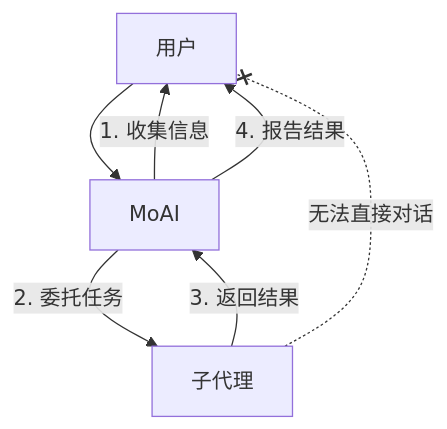
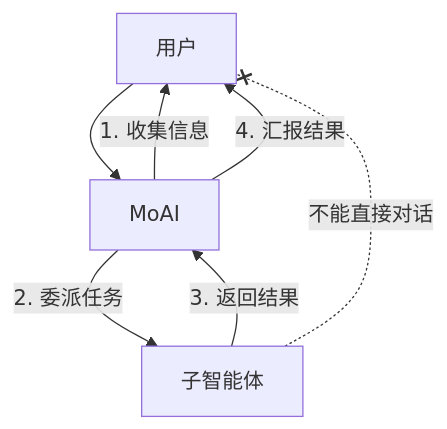
One commit to modu-ai/moai-adk changed the second of 4 diagrams in docs-site/content/zh/advanced/claude-md-guide.md. Above: the diagram before and after it, drawn with Mermaid. The commit also changed other lines of this file and 395 other files, not shown here.

````diff
--- a/docs-site/content/zh/advanced/claude-md-guide.md
+++ b/docs-site/content/zh/advanced/claude-md-guide.md
@@ -142,11 +144,11 @@
 ```mermaid
 flowchart TD
     USER["用户"] --> MOAI["MoAI"]
     MOAI -->|"1. 收集信息"| USER
-    MOAI -->|"2. 委托任务"| AGENT["子代理"]
+    MOAI -->|"2. 委派任务"| AGENT["子智能体"]
     AGENT -->|"3. 返回结果"| MOAI
-    MOAI -->|"4. 报告结果"| USER
+    MOAI -->|"4. 汇报结果"| USER
 
-    AGENT -.-x|"无法直接对话"| USER
+    AGENT -.-x|"不能直接对话"| USER
 
 ```
````
